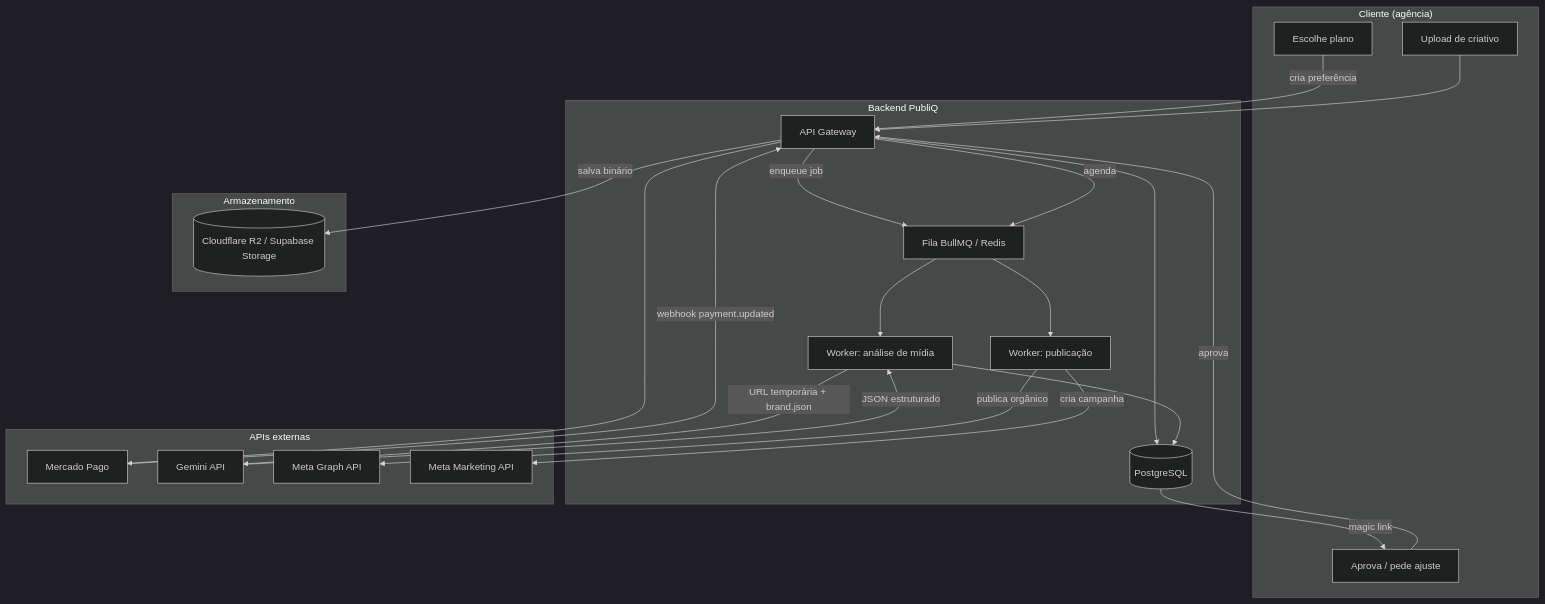
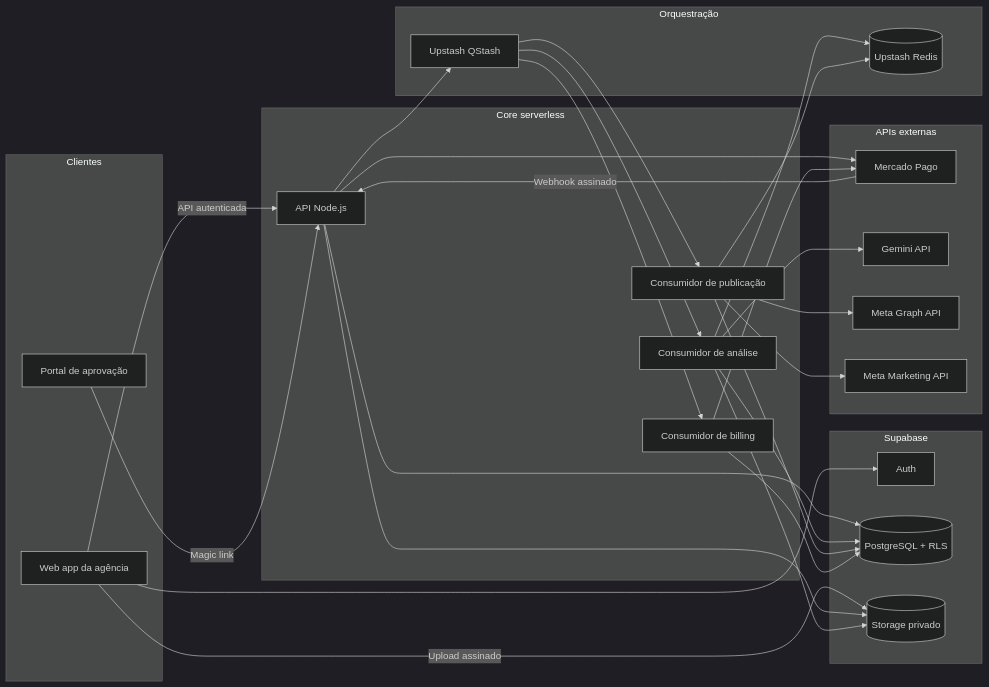
The diagram in docs/PRD-System-Design.md (IsaacRibeiroLeao/PubliQ), drawn with Mermaid (dark theme) before and after one commit. The commit also changed other lines of this file and 110 other files, not shown here.

````diff
--- a/docs/PRD-System-Design.md
+++ b/docs/PRD-System-Design.md
@@ -39,39 +138,55 @@
 ```mermaid
-flowchart TD
-    subgraph Cliente["Cliente (agência)"]
-        A1[Upload de criativo]
-        A2[Aprova / pede ajuste]
-        A3[Escolhe plano]
+flowchart LR
+    subgraph clients [Clientes]
+        webApp["Web app da agência"]
+        approvalPortal["Portal de aprovação"]
     end
 
-    subgraph Core["Backend PubliQ"]
-        B1[API Gateway]
-        B2[(PostgreSQL)]
-        B3[Fila BullMQ / Redis]
-        B4[Worker: análise de mídia]
-        B5[Worker: publicação]
+    subgraph core [Core serverless]
+        api["API Node.js"]
+        analysisConsumer["Consumidor de análise"]
+        publishConsumer["Consumidor de publicação"]
+        billingConsumer["Consumidor de billing"]
     end
 
-    subgraph Storage["Armazenamento"]
-        S1[(Cloudflare R2 / Supabase Storage)]
+    subgraph supabase [Supabase]
+        auth["Auth"]
+        postgres[("PostgreSQL + RLS")]
+        storage[("Storage privado")]
     end
 
-    subgraph Externo["APIs externas"]
-        E1[Mercado Pago]
-        E2[Gemini API]
-        E3[Meta Graph API]
-        E4[Meta Marketing API]
+    subgraph orchestration [Orquestração]
+        qstash["Upstash QStash"]
+        redis[("Upstash Redis")]
     end
 
-    A3 -->|cria preferência| B1 --> E1
-    E1 -->|webhook payment.updated| B1 --> B2
+    subgraph external [APIs externas]
+        mercadoPago["Mercado Pago"]
+        gemini["Gemini API"]
+        metaGraph["Meta Graph API"]
+        metaMarketing["Meta Marketing API"]
+    end
 
-    A1 --> B1 -->|salva binário| S1
-    B1 -->|enqueue job| B3 --> B4
-    B4 -->|URL temporária + brand.json| E2
-    E2 -->|JSON estruturado| B4 --> B2
-    B2 -->|magic link| A2
-    A2 -->|aprova| B1 -->|agenda| B3 --> B5
-    B5 -->|publica orgânico| E3
-    B5 -->|cria campanha| E4
+    webApp --> auth
+    webApp -->|"API autenticada"| api
+    approvalPortal -->|"Magic link"| api
+    webApp -->|"Upload assinado"| storage
+    api --> postgres
+    api --> storage
+    api --> qstash
+    api --> mercadoPago
+    mercadoPago -->|"Webhook assinado"| api
+    qstash --> analysisConsumer
+    qstash --> publishConsumer
+    qstash --> billingConsumer
+    analysisConsumer --> gemini
+    analysisConsumer --> storage
+    analysisConsumer --> postgres
+    publishConsumer --> metaGraph
+    publishConsumer --> metaMarketing
+    publishConsumer --> postgres
+    billingConsumer --> mercadoPago
+    billingConsumer --> postgres
+    analysisConsumer --> redis
+    publishConsumer --> redis
 ```
````
